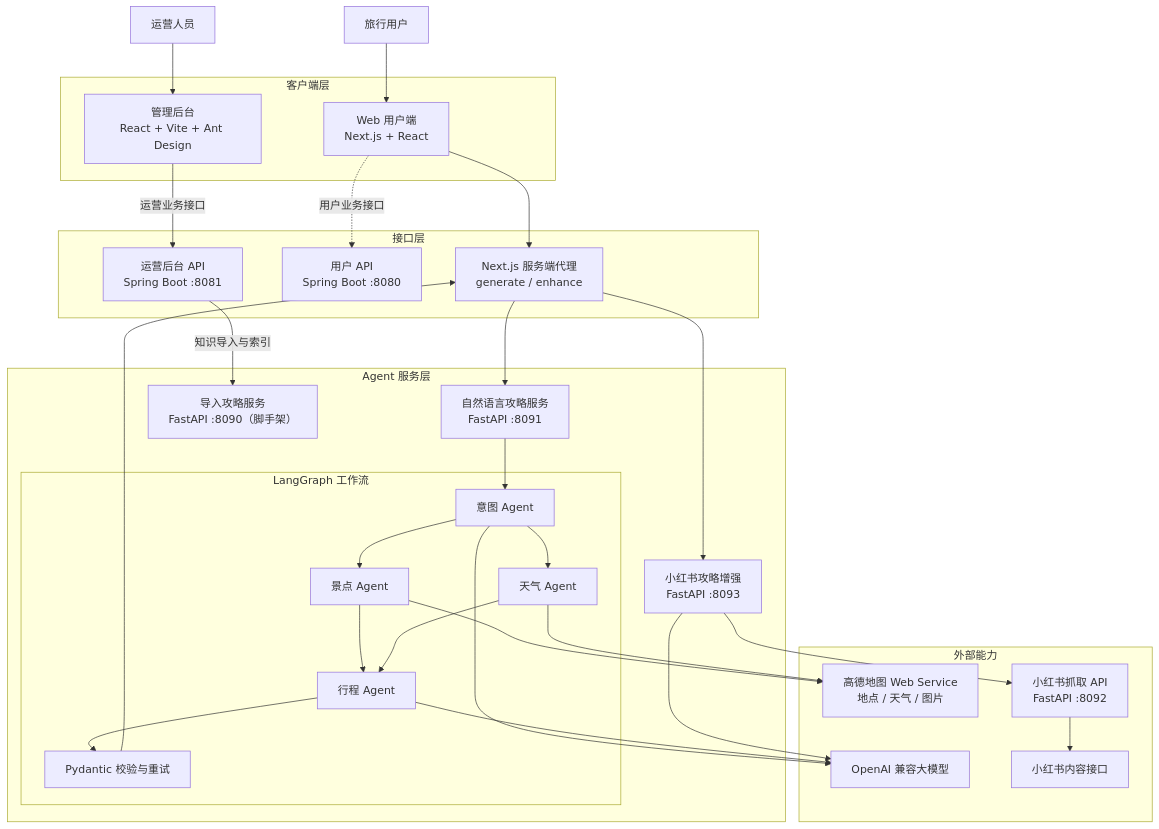
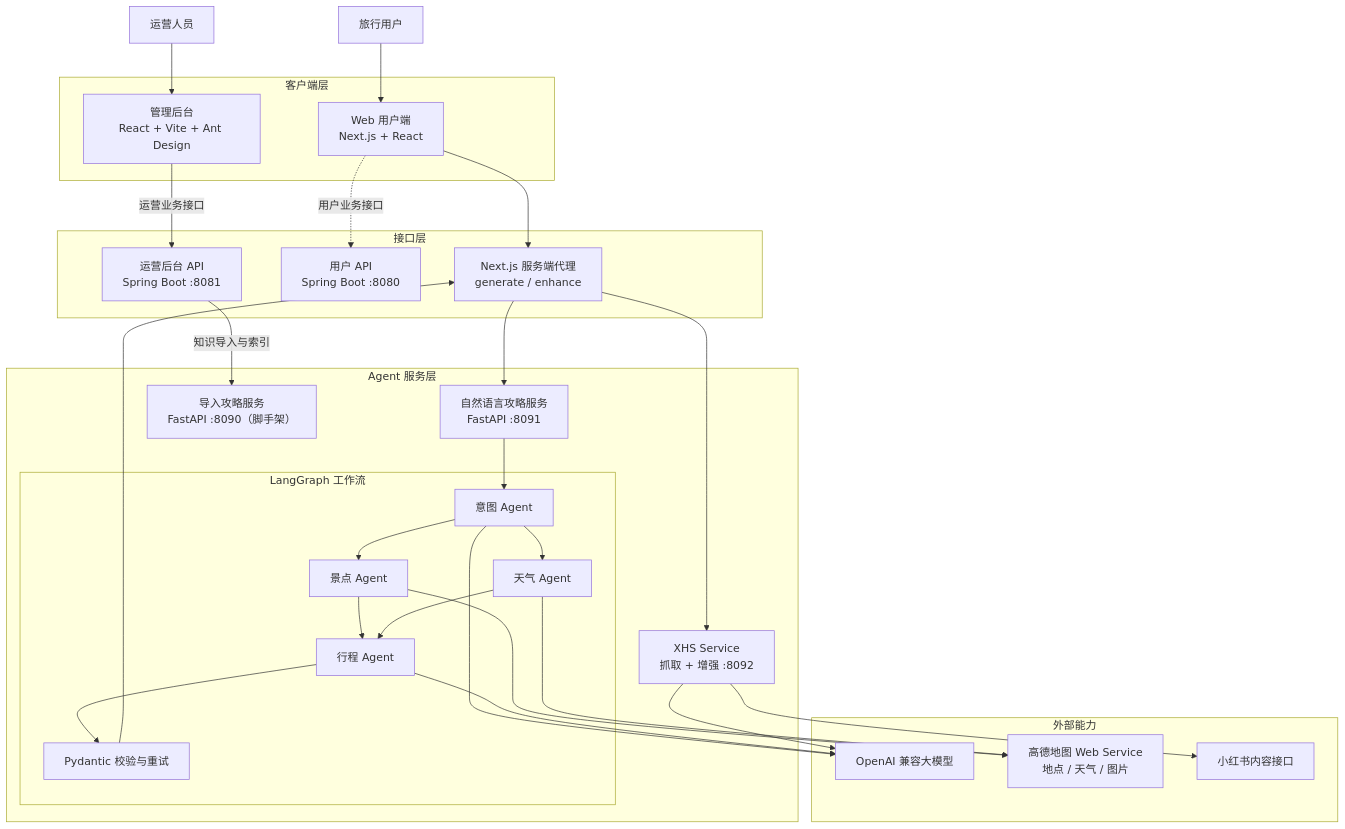
The first of 3 diagrams in README.md (coderbruis/PinTrip), drawn with Mermaid before and after one commit. The commit also changed other lines of this file and 39 other files, not shown here.

````diff
--- a/README.md
+++ b/README.md
@@ -41,61 +41,59 @@
 ```mermaid
 flowchart TB
     USER["旅行用户"]
     OPERATOR["运营人员"]
     subgraph Client["客户端层"]
         WEB["Web 用户端<br/>Next.js + React"]
         ADMIN["管理后台<br/>React + Vite + Ant Design"]
     end
 
     subgraph Gateway["接口层"]
         WEB_API["Next.js 服务端代理<br/>generate / enhance"]
         USER_API["用户 API<br/>Spring Boot :8080"]
         ADMIN_API["运营后台 API<br/>Spring Boot :8081"]
     end
 
     subgraph AgentServices["Agent 服务层"]
         NATURAL["自然语言攻略服务<br/>FastAPI :8091"]
-        XHS_AGENT["小红书攻略增强<br/>FastAPI :8093"]
+        XHS_AGENT["XHS Service<br/>抓取 + 增强 :8092"]
         IMPORT["导入攻略服务<br/>FastAPI :8090（脚手架）"]
 
         subgraph Workflow["LangGraph 工作流"]
             INTENT["意图 Agent"]
             ATTRACTION["景点 Agent"]
             WEATHER["天气 Agent"]
             ITINERARY["行程 Agent"]
             VALIDATE["Pydantic 校验与重试"]
         end
     end
 
     subgraph External["外部能力"]
         LLM["OpenAI 兼容大模型"]
         AMAP["高德地图 Web Service<br/>地点 / 天气 / 图片"]
-        CRAWLER["小红书抓取 API<br/>FastAPI :8092"]
         XHS["小红书内容接口"]
     end
 
     USER --> WEB
     WEB --> WEB_API
     WEB_API --> NATURAL
     WEB_API --> XHS_AGENT
     NATURAL --> INTENT
     INTENT --> ATTRACTION
     INTENT --> WEATHER
     ATTRACTION --> ITINERARY
     WEATHER --> ITINERARY
     ITINERARY --> VALIDATE
     VALIDATE --> WEB_API
 
     INTENT --> LLM
     ITINERARY --> LLM
     XHS_AGENT --> LLM
-    XHS_AGENT --> CRAWLER
-    CRAWLER --> XHS
+    XHS_AGENT --> XHS
     ATTRACTION --> AMAP
     WEATHER --> AMAP
 
     OPERATOR --> ADMIN
     WEB -.->|用户业务接口| USER_API
     ADMIN -->|运营业务接口| ADMIN_API
     ADMIN_API -->|知识导入与索引| IMPORT
 ```
````
